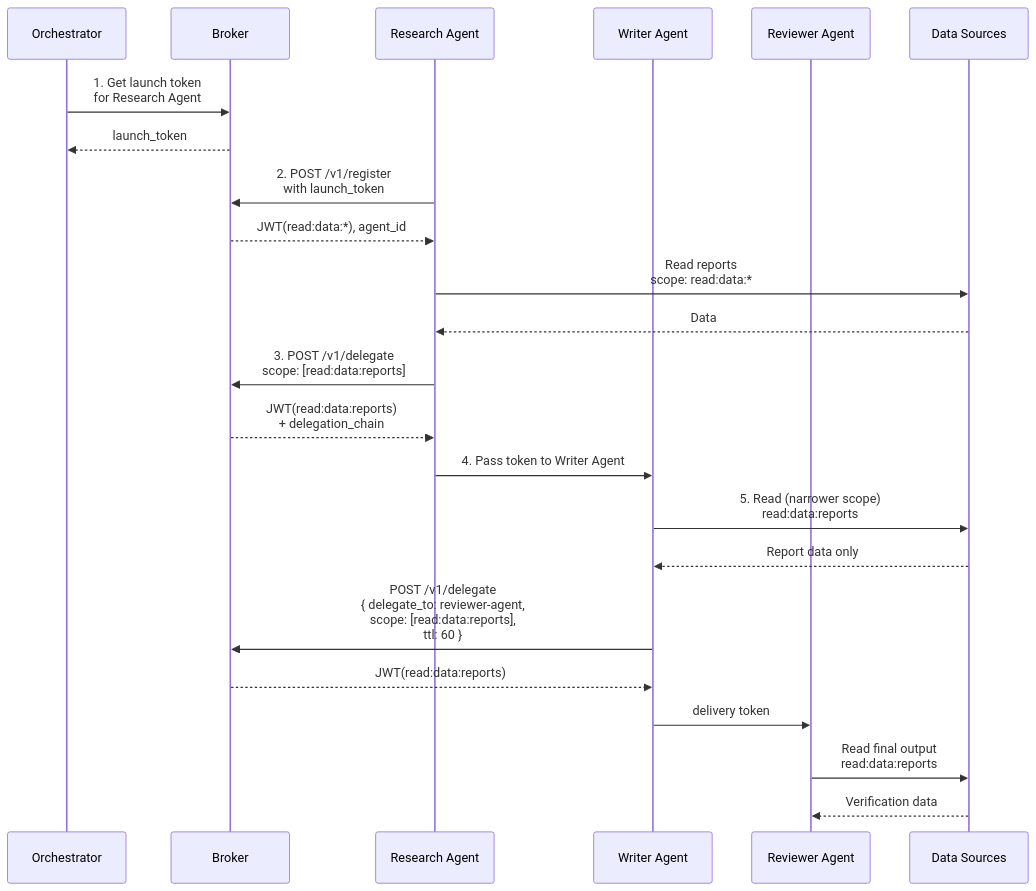
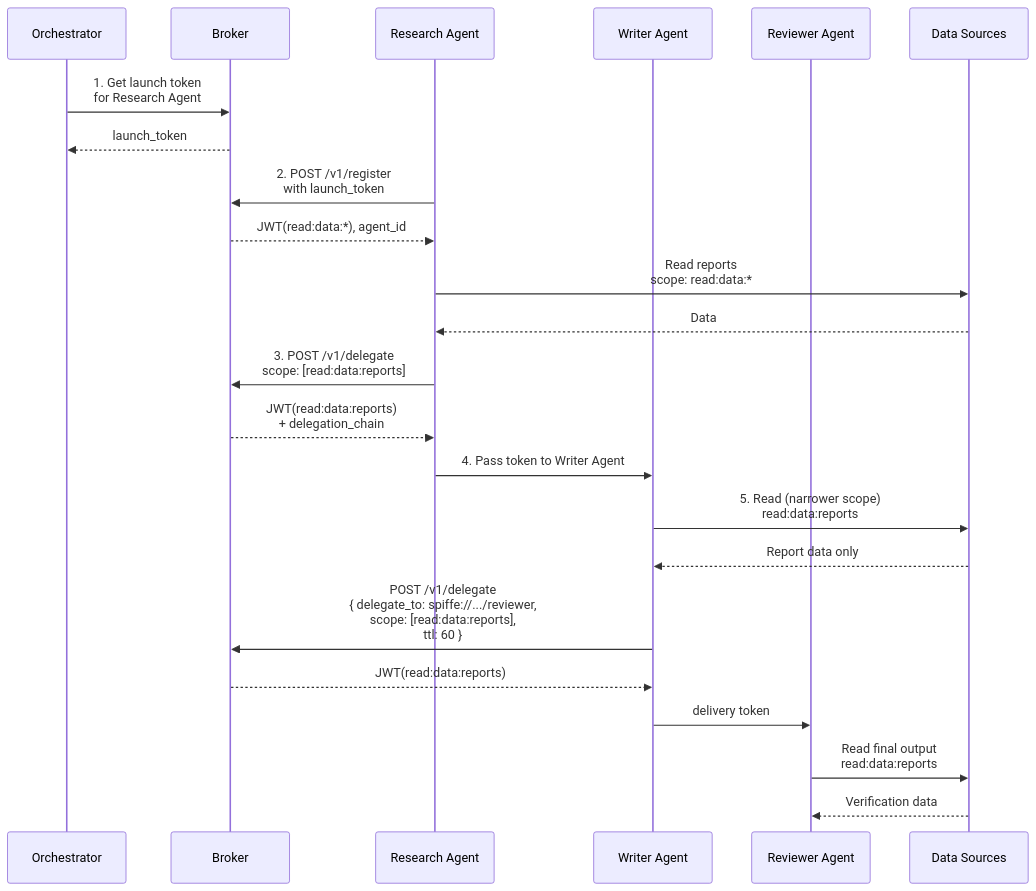
The first of 6 diagrams in docs/integration-patterns.md (devonartis/agentwrit), drawn with Mermaid before and after one commit. The commit also changed other lines of this file and 6 other files, not shown here.

````diff
--- a/docs/integration-patterns.md
+++ b/docs/integration-patterns.md
@@ -74,34 +74,34 @@
 ```mermaid
 sequenceDiagram
     participant Orch as Orchestrator
     participant Broker
     participant RA as Research Agent
     participant WA as Writer Agent
     participant REV as Reviewer Agent
     participant DB as Data Sources
 
     Orch->>Broker: 1. Get launch token<br/>for Research Agent
     Broker-->>Orch: launch_token
 
     RA->>Broker: 2. POST /v1/register<br/>with launch_token
     Broker-->>RA: JWT(read:data:*), agent_id
 
     RA->>DB: Read reports<br/>scope: read:data:*
     DB-->>RA: Data
 
     RA->>Broker: 3. POST /v1/delegate<br/>scope: [read:data:reports]
     Broker-->>RA: JWT(read:data:reports)<br/>+ delegation_chain
 
     RA->>WA: 4. Pass token to Writer Agent
 
     WA->>DB: 5. Read (narrower scope)<br/>read:data:reports
     DB-->>WA: Report data only
 
-    WA->>Broker: POST /v1/delegate<br/>{ delegate_to: reviewer-agent,<br/>scope: [read:data:reports],<br/>ttl: 60 }
+    WA->>Broker: POST /v1/delegate<br/>{ delegate_to: spiffe://.../reviewer,<br/>scope: [read:data:reports],<br/>ttl: 60 }
     Broker-->>WA: JWT(read:data:reports)
 
     WA->>REV: delivery token
 
     REV->>DB: Read final output<br/>read:data:reports
     DB-->>REV: Verification data
 ```
````
